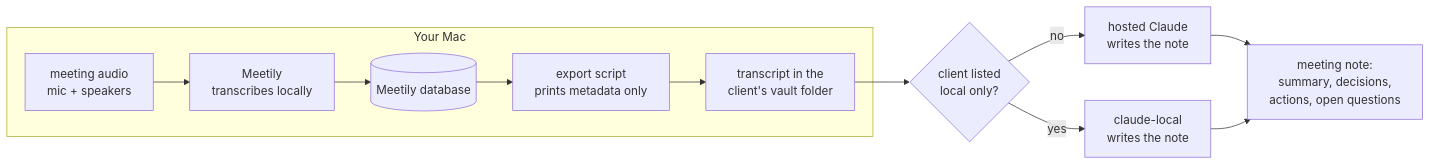
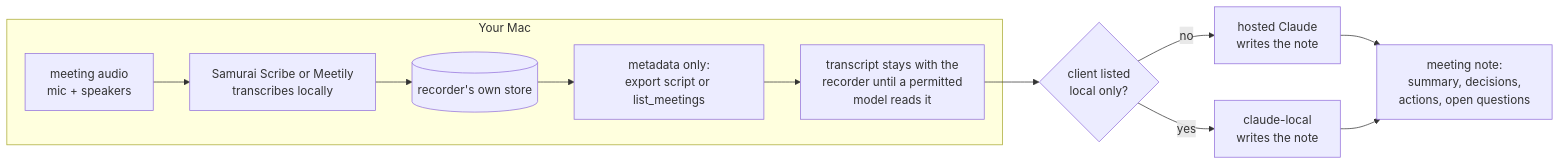
Before and after one commit to lekman/ai-toolkit: the diagram in practices/meetings/README.md, drawn with Mermaid. The commit also changed other lines of this file and 7 other files, not shown here.

First line of the commit message:
feat(meeting): add Samurai Scribe as a transcript source (#148)

````diff
--- a/practices/meetings/README.md
+++ b/practices/meetings/README.md
@@ -28,14 +28,14 @@
 ```mermaid
 flowchart LR
     subgraph mac["Your Mac"]
-        A["meeting audio<br/>mic + speakers"] --> M["Meetily<br/>transcribes locally"]
-        M --> DB[("Meetily database")]
-        DB --> X["export script<br/>prints metadata only"]
-        X --> T["transcript in the<br/>client's vault folder"]
+        A["meeting audio<br/>mic + speakers"] --> M["Samurai Scribe or Meetily<br/>transcribes locally"]
+        M --> DB[("recorder's own store")]
+        DB --> X["metadata only:<br/>export script or list_meetings"]
+        X --> T["transcript stays with the<br/>recorder until a permitted<br/>model reads it"]
     end
     T --> S{"client listed<br/>local only?"}
     S -- no --> H["hosted Claude<br/>writes the note"]
     S -- yes --> L["claude-local<br/>writes the note"]
     H --> N["meeting note:<br/>summary, decisions,<br/>actions, open questions"]
     L --> N
 ```
````
